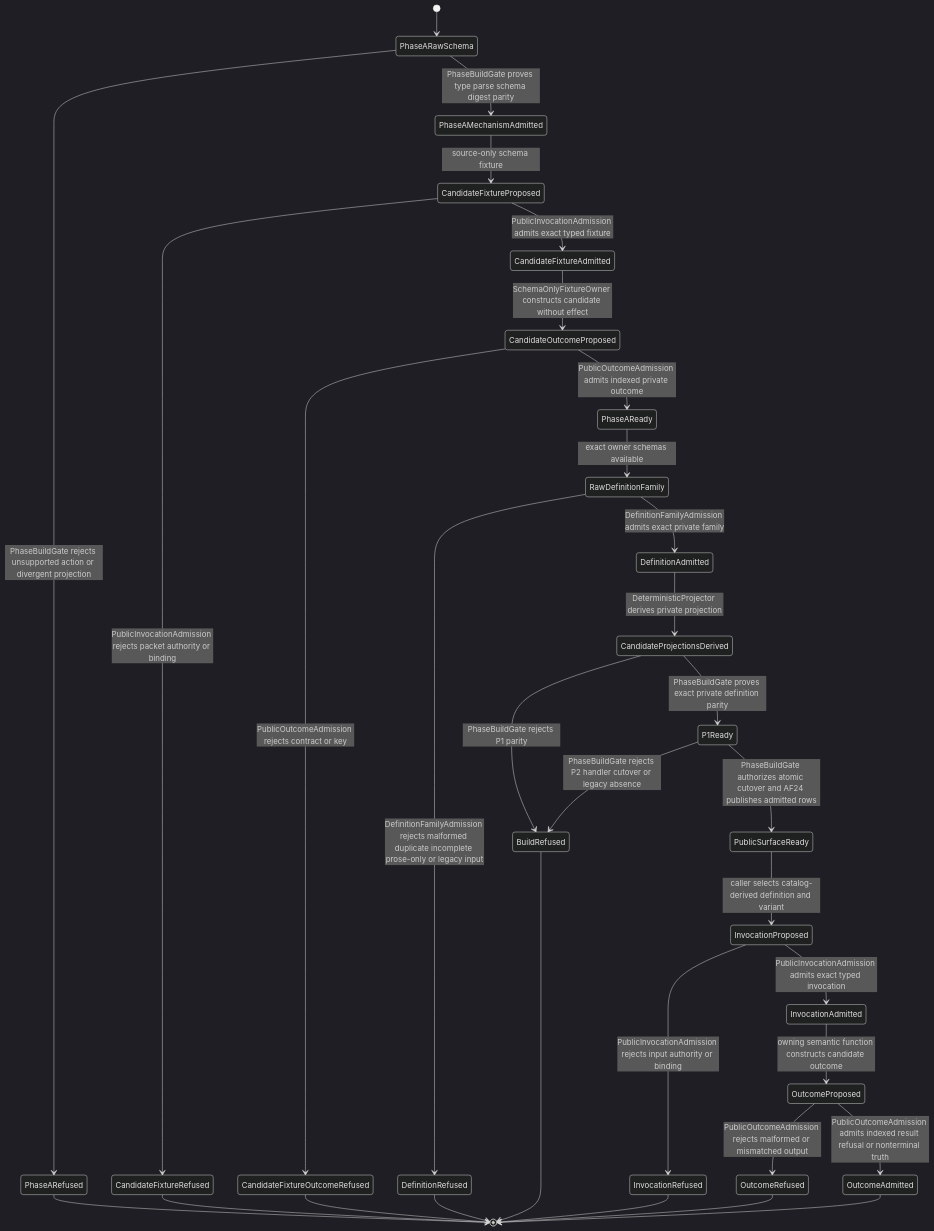
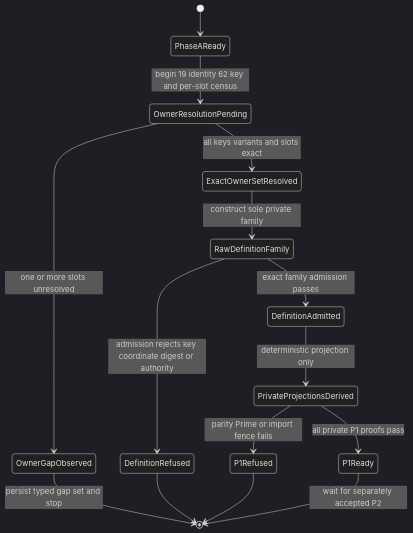
One commit to foolishimp/abiogenesis changed the third of 3 diagrams in build_tenants/abiogenesis/typescript/design/M04_PUBLIC_OPERATION_DEFINITION_FAMILY_BEHAVIOR_DESIGN.md. Above: the diagram before and after it, drawn with Mermaid (dark theme). The commit also changed other lines of this file and 1 other file, not shown here.

Commit message:
design(t281): close private P1 constructor boundary

````diff
--- a/build_tenants/abiogenesis/typescript/design/M04_PUBLIC_OPERATION_DEFINITION_FAMILY_BEHAVIOR_DESIGN.md
+++ b/build_tenants/abiogenesis/typescript/design/M04_PUBLIC_OPERATION_DEFINITION_FAMILY_BEHAVIOR_DESIGN.md
@@ -1100,34 +1031,17 @@
 ```mermaid
 stateDiagram-v2
-  [*] --> PhaseARawSchema
-  PhaseARawSchema --> PhaseARefused: PhaseBuildGate rejects unsupported action or divergent projection
-  PhaseARawSchema --> PhaseAMechanismAdmitted: PhaseBuildGate proves type parse schema digest parity
-  PhaseAMechanismAdmitted --> CandidateFixtureProposed: source-only schema fixture
-  CandidateFixtureProposed --> CandidateFixtureRefused: PublicInvocationAdmission rejects packet authority or binding
-  CandidateFixtureProposed --> CandidateFixtureAdmitted: PublicInvocationAdmission admits exact typed fixture
-  CandidateFixtureAdmitted --> CandidateOutcomeProposed: SchemaOnlyFixtureOwner constructs candidate without effect
-  CandidateOutcomeProposed --> CandidateFixtureOutcomeRefused: PublicOutcomeAdmission rejects contract or key
-  CandidateOutcomeProposed --> PhaseAReady: PublicOutcomeAdmission admits indexed private outcome
-  PhaseAReady --> RawDefinitionFamily: exact owner schemas available
-  RawDefinitionFamily --> DefinitionRefused: DefinitionFamilyAdmission rejects malformed duplicate incomplete prose-only or legacy input
-  RawDefinitionFamily --> DefinitionAdmitted: DefinitionFamilyAdmission admits exact private family
-  DefinitionAdmitted --> CandidateProjectionsDerived: DeterministicProjector derives private projection
-  CandidateProjectionsDerived --> BuildRefused: PhaseBuildGate rejects P1 parity
-  CandidateProjectionsDerived --> P1Ready: PhaseBuildGate proves exact private definition parity
-  P1Ready --> BuildRefused: PhaseBuildGate rejects P2 handler cutover or legacy absence
-  P1Ready --> PublicSurfaceReady: PhaseBuildGate authorizes atomic cutover and AF24 publishes admitted rows
-  PublicSurfaceReady --> InvocationProposed: caller selects catalog-derived definition and variant
-  InvocationProposed --> InvocationRefused: PublicInvocationAdmission rejects input authority or binding
-  InvocationProposed --> InvocationAdmitted: PublicInvocationAdmission admits exact typed invocation
-  InvocationAdmitted --> OutcomeProposed: owning semantic function constructs candidate outcome
-  OutcomeProposed --> OutcomeRefused: PublicOutcomeAdmission rejects malformed or mismatched output
-  OutcomeProposed --> OutcomeAdmitted: PublicOutcomeAdmission admits indexed result refusal or nonterminal truth
-  PhaseARefused --> [*]
+  [*] --> PhaseAReady
+  PhaseAReady --> OwnerResolutionPending: begin 19 identity 62 key and per-slot census
+  OwnerResolutionPending --> OwnerGapObserved: one or more slots unresolved
+  OwnerResolutionPending --> ExactOwnerSetResolved: all keys variants and slots exact
+  ExactOwnerSetResolved --> RawDefinitionFamily: construct sole private family
+  RawDefinitionFamily --> DefinitionRefused: admission rejects key coordinate digest or authority
+  RawDefinitionFamily --> DefinitionAdmitted: exact family admission passes
+  DefinitionAdmitted --> PrivateProjectionsDerived: deterministic projection only
+  PrivateProjectionsDerived --> P1Refused: parity Prime or import fence fails
+  PrivateProjectionsDerived --> P1Ready: all private P1 proofs pass
+  OwnerGapObserved --> [*]: persist typed gap set and stop
   DefinitionRefused --> [*]
-  BuildRefused --> [*]
-  CandidateFixtureRefused --> [*]
-  CandidateFixtureOutcomeRefused --> [*]
-  InvocationRefused --> [*]
-  OutcomeRefused --> [*]
-  OutcomeAdmitted --> [*]
+  P1Refused --> [*]
+  P1Ready --> [*]: wait for separately accepted P2
 ```
````
